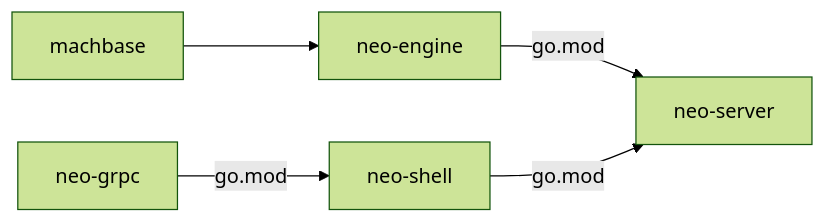
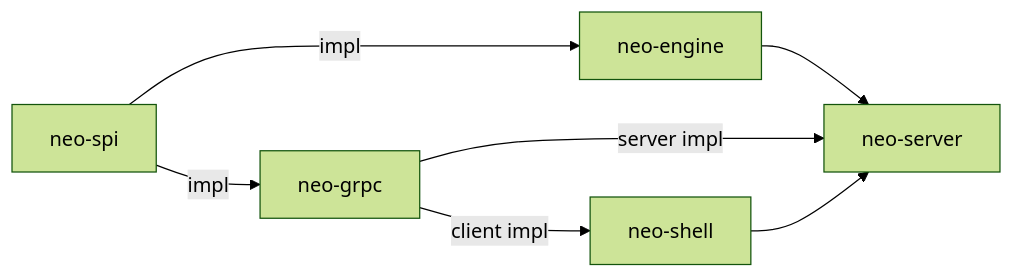
Before and after one commit to machbase/neo-server: the diagram in README.md, drawn with Mermaid (forest theme). The commit also changed 2 other files, not shown here.

Commit message:
use interface instead of direct access

````diff
--- a/README.md
+++ b/README.md
@@ -13,12 +13,15 @@
 ```mermaid
 flowchart LR
 
-C[machbase] --> E
+SPI[neo-spi] -->|impl| E
+SPI-->|impl|R
 
 E[neo-engine]
-E -->|go.mod| S[neo-server]
+E --> S[neo-server]
 
-R[neo-grpc] -->|go.mod| SH[neo-shell]
-SH -->|go.mod| S
+R -->|server impl| S
+
+R[neo-grpc] -->|client impl| SH[neo-shell]
+SH --> S
 
 ```
````
